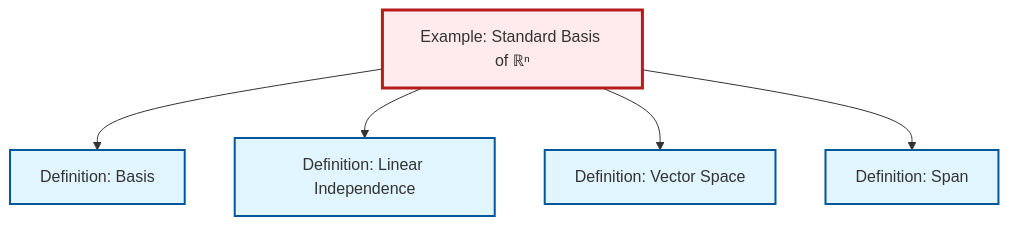
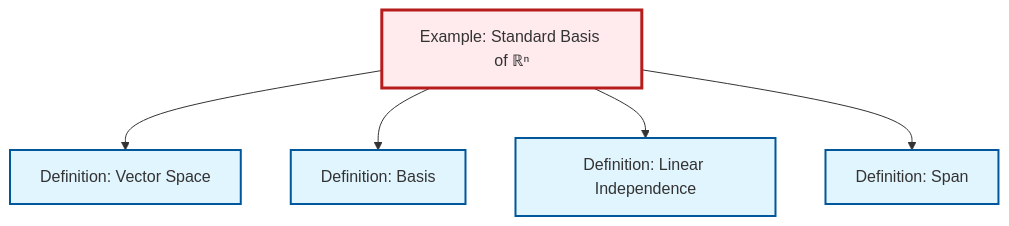
The diagram in content/ja/algebra/ex-standard-basis-rn.qmd (RK0429/ModernMath), drawn with Mermaid before and after one commit. The commit also changed other lines of this file and 530 other files, not shown here.

````diff
--- a/content/ja/algebra/ex-standard-basis-rn.qmd
+++ b/content/ja/algebra/ex-standard-basis-rn.qmd
@@ -63,23 +63,23 @@
 ```{mermaid}
 %%| fig-cap: "Local dependency graph"
 graph TD
     classDef definition fill:#e1f5fe,stroke:#01579b,stroke-width:2px
     classDef theorem fill:#f3e5f5,stroke:#4a148c,stroke-width:2px
     classDef axiom fill:#fff3e0,stroke:#e65100,stroke-width:2px
     classDef example fill:#e8f5e9,stroke:#1b5e20,stroke-width:2px
     classDef current fill:#ffebee,stroke:#b71c1c,stroke-width:3px
-    def-vector-space["Definition: Vector Space"]:::definition
-    def-span["Definition: Span"]:::definition
-    def-linear-independence["Definition: Linear Independence"]:::definition
     ex-standard-basis-rn["Example: Standard Basis of ℝⁿ"]:::example
     def-basis["Definition: Basis"]:::definition
+    def-linear-independence["Definition: Linear Independence"]:::definition
+    def-span["Definition: Span"]:::definition
+    def-vector-space["Definition: Vector Space"]:::definition
+    ex-standard-basis-rn --> def-vector-space
     ex-standard-basis-rn --> def-basis
     ex-standard-basis-rn --> def-linear-independence
-    ex-standard-basis-rn --> def-vector-space
     ex-standard-basis-rn --> def-span
     class ex-standard-basis-rn current
+    click def-basis "def-basis.html" "Definition: Basisへ"
+    click def-linear-independence "def-linear-independence.html" "Definition: Linear Independenceへ"
+    click def-span "def-span.html" "Definition: Spanへ"
     click def-vector-space "def-vector-space.html" "Definition: Vector Spaceへ"
-    click def-span "def-span.html" "Definition: Spanへ"
-    click def-linear-independence "def-linear-independence.html" "Definition: Linear Independenceへ"
-    click def-basis "def-basis.html" "Definition: Basisへ"
 ```
````
